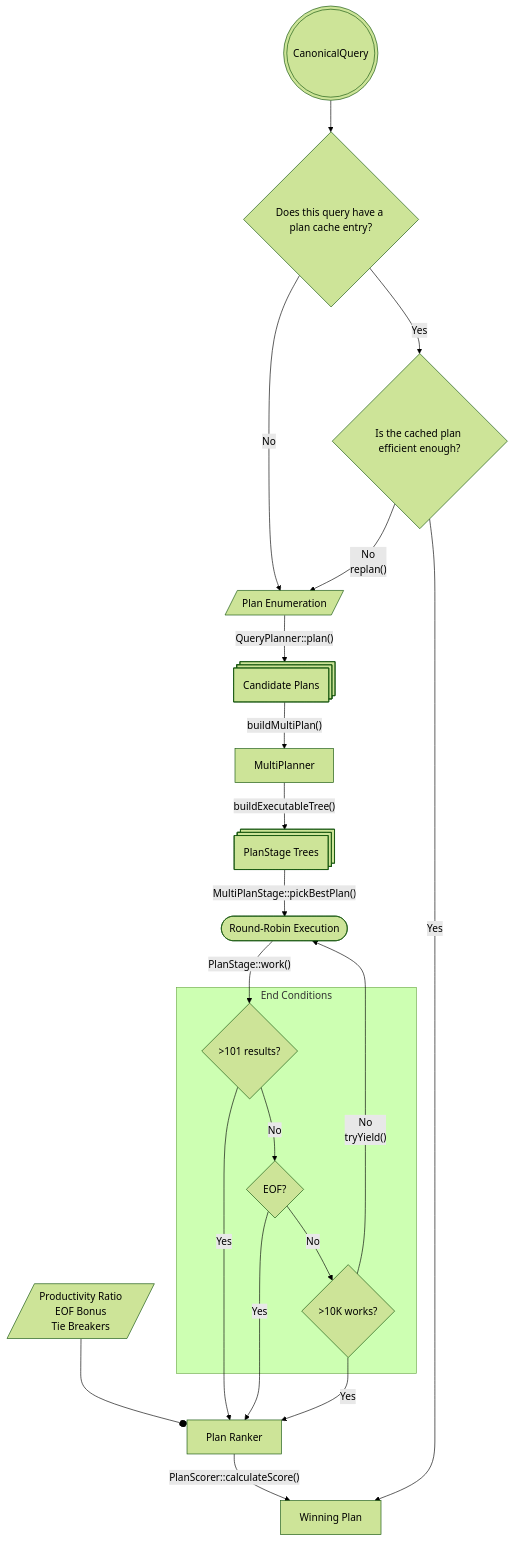
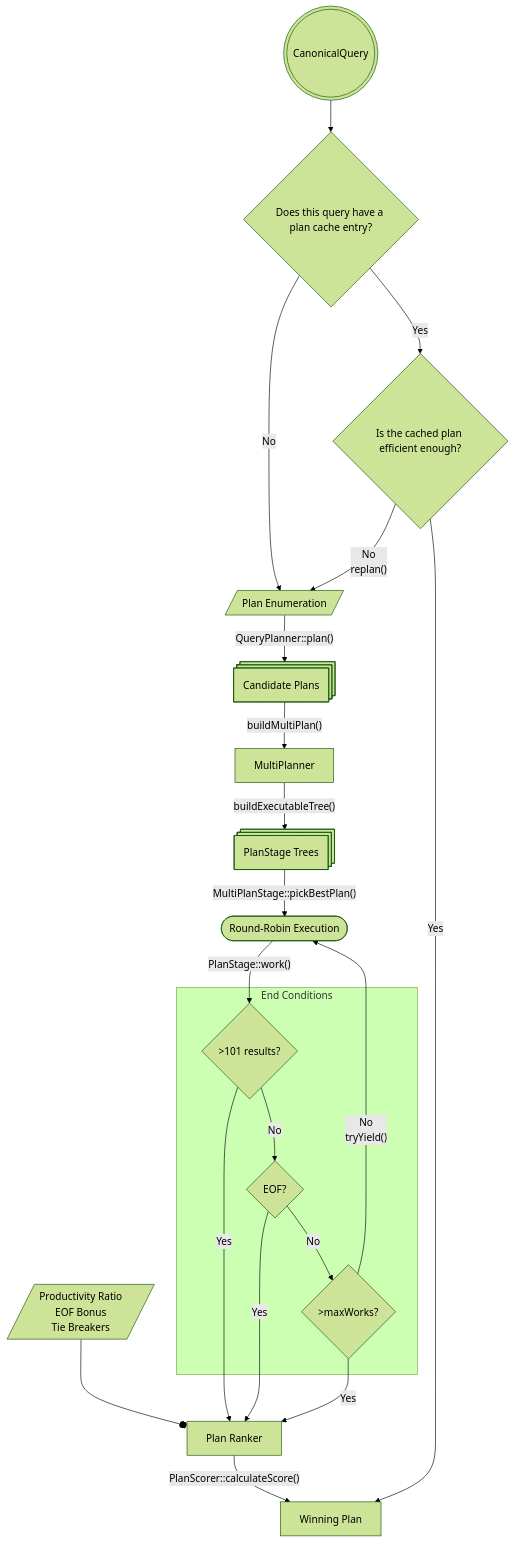
One commit to MitsukiSUGITA/my_mongoDB changed the diagram in src/mongo/db/query/classic_runtime_planner/README.md. Above: the diagram before and after it, drawn with Mermaid (forest theme). The commit also changed other lines of this file, not shown here.

Commit message:
SERVER-102734 Update definition of maxWorks in QO Architecture Guide (#33927)

````diff
--- a/src/mongo/db/query/classic_runtime_planner/README.md
+++ b/src/mongo/db/query/classic_runtime_planner/README.md
@@ -130,37 +132,37 @@
 ```mermaid
 flowchart TD
    n15[CanonicalQuery] --> n12["Does this query have a plan cache entry?"]
    n12 -- Yes --> n14["Is the cached plan efficient enough?"]
    n11["Productivity Ratio<br>EOF Bonus<br>Tie Breakers"] --o n7["Plan Ranker"]
    n2["Plan Enumeration"] -- QueryPlanner::plan() --> n1["Candidate Plans"]
    n3["MultiPlanner"] -- buildExecutableTree() --> n4["PlanStage Trees"]
    n6 -- Yes --> n7
    n7 -- PlanScorer::calculateScore() --> n8["Winning Plan"]
    n9 -- Yes --> n7
    n10 -- Yes --> n7
    n6 -- No --> n9
    n9 -- No --> n10
    n4 -- MultiPlanStage::pickBestPlan() --> n5(["Round-Robin Execution"])
    n10 -- No<br>tryYield() --> n5
    n5 -- PlanStage::work() --> n6
 
    n14 -- Yes --> n8
    n1 -- buildMultiPlan() --> n3
    n12 -- No --> n2
    n14 -- No<br>replan() --> n2
    subgraph s1["End Conditions"]
        n6["&gt;101 results?"]
        n9["EOF?"]
-       n10["&gt;10K works?"]
+       n10["&gt;maxWorks?"]
    end
    n11@{ shape: lean-r}
    n2@{ shape: lean-r}
    n1@{ shape: procs}
    n4@{ shape: procs}
    n6@{ shape: decision}
    n9@{ shape: decision}
    n10@{ shape: decision}
    n12@{ shape: diam}
    n14@{ shape: diam}
    n15@{ shape: dbl-circ}
 ```
````
